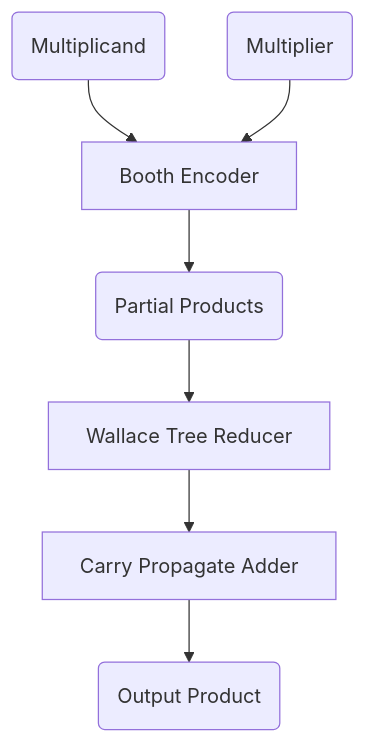
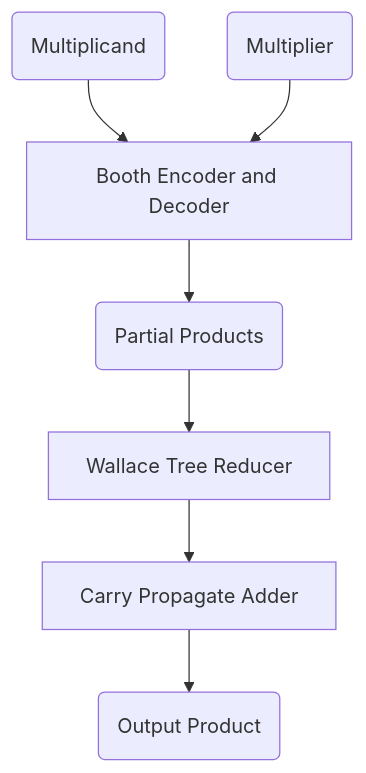
Before and after one commit to ElecGiuseppe-lab/Radix-4_Booth_Multiplier: the diagram in README.md, drawn with Mermaid.

````diff
--- a/README.md
+++ b/README.md
@@ -19,9 +19,9 @@
 ```mermaid
 flowchart TD
-    A(Multiplicand) --> C[Booth Encoder]
+    A(Multiplicand) --> C[Booth Encoder and Decoder]
     B(Multiplier) --> C
     C --> D(Partial Products)
     D --> E[Wallace Tree Reducer]
     E --> F[Carry Propagate Adder]
     F --> G(Output Product)
 ```
````
